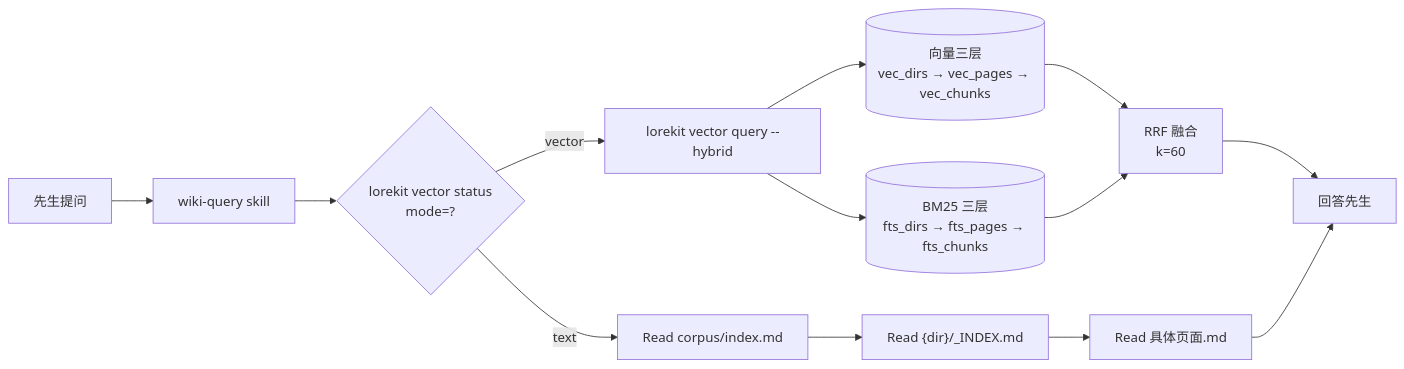
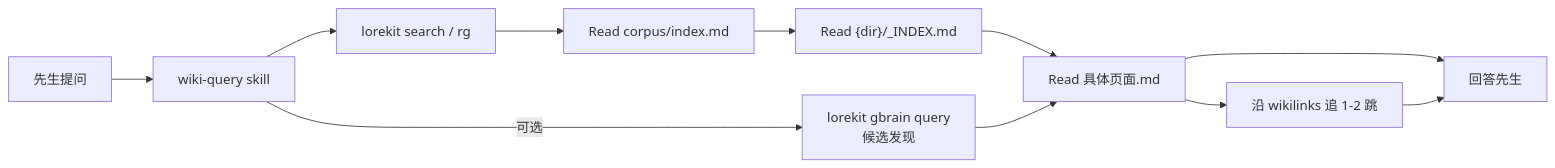
One commit to GYF0311/lorekit changed the third of 5 diagrams in docs/ARCHITECTURE.md. Above: the diagram before and after it, drawn with Mermaid. The commit also changed other lines of this file and 90 other files, not shown here.

Commit message:
fix: remove native vector search

````diff
--- a/docs/ARCHITECTURE.md
+++ b/docs/ARCHITECTURE.md
@@ -125,15 +120,13 @@
 ```mermaid
 flowchart LR
   Q["先生提问"] --> Skill["wiki-query skill"]
-  Skill --> Status{"lorekit vector status<br/>mode=?"}
-  Status -->|text| L0R["Read corpus/index.md"]
+  Skill --> Search["lorekit search / rg"]
+  Search --> L0R["Read corpus/index.md"]
   L0R --> L1R["Read {dir}/_INDEX.md"]
   L1R --> L2R["Read 具体页面.md"]
-  Status -->|vector| HQ["lorekit vector query --hybrid"]
-  HQ --> Vec[("向量三层<br/>vec_dirs → vec_pages → vec_chunks")]
-  HQ --> FTS[("BM25 三层<br/>fts_dirs → fts_pages → fts_chunks")]
-  Vec --> RRF["RRF 融合<br/>k=60"]
-  FTS --> RRF
-  RRF --> Ans["回答先生"]
+  L2R --> Links["沿 wikilinks 追 1-2 跳"]
+  Skill -->|可选| GQ["lorekit gbrain query<br/>候选发现"]
+  GQ --> L2R
   L2R --> Ans
+  Links --> Ans["回答先生"]
 ```
````
